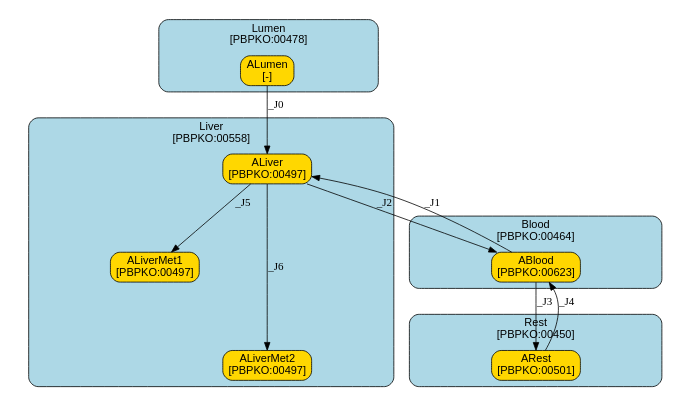
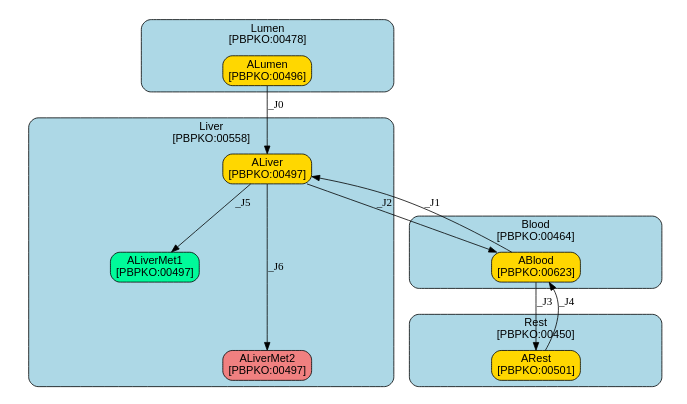
One commit to fair-pbk/exposure-route-pbk-models changed the diagram in models/oral/Mycotoxins/Notenboom/summary.dot. Above: the diagram before and after it, drawn with Graphviz. The commit also changed 174 other files, not shown here.

```diff
--- a/models/oral/Mycotoxins/Notenboom/summary.dot
+++ b/models/oral/Mycotoxins/Notenboom/summary.dot
@@ -1,102 +1,102 @@
 digraph {
 	graph [ratio=fill,
 		size="7,4"
 	];
 	node [fontname=Arial];
 	subgraph cluster_Lumen {
 		graph [color=black,
 			fillcolor=lightblue,
 			fontname=Arial,
 			href="#compartment-Lumen",
 			label="Lumen
 [PBPKO:00478]",
 			shape=box,
 			style="filled,rounded"
 		];
 		ALumen	[color=black,
 			fillcolor=gold,
 			href="#species-ALumen",
 			label="ALumen
-[-]",
+[PBPKO:00496]",
 			shape=box,
 			style="filled,rounded"];
 	}
 	subgraph cluster_Liver {
 		graph [color=black,
 			fillcolor=lightblue,
 			fontname=Arial,
 			href="#compartment-Liver",
 			label="Liver
 [PBPKO:00558]",
 			shape=box,
 			style="filled,rounded"
 		];
 		ALiver	[color=black,
 			fillcolor=gold,
 			href="#species-ALiver",
 			label="ALiver
 [PBPKO:00497]",
 			shape=box,
 			style="filled,rounded"];
 		ALiverMet1	[color=black,
-			fillcolor=gold,
+			fillcolor=mediumspringgreen,
 			href="#species-ALiverMet1",
 			label="ALiverMet1
 [PBPKO:00497]",
 			shape=box,
 			style="filled,rounded"];
 		ALiverMet2	[color=black,
-			fillcolor=gold,
+			fillcolor=lightcoral,
 			href="#species-ALiverMet2",
 			label="ALiverMet2
 [PBPKO:00497]",
 			shape=box,
 			style="filled,rounded"];
 	}
 	subgraph cluster_Blood {
 		graph [color=black,
 			fillcolor=lightblue,
 			fontname=Arial,
 			href="#compartment-Blood",
 			label="Blood
 [PBPKO:00464]",
 			shape=box,
 			style="filled,rounded"
 		];
 		ABlood	[color=black,
 			fillcolor=gold,
 			href="#species-ABlood",
 			label="ABlood
 [PBPKO:00623]",
 			shape=box,
 			style="filled,rounded"];
 	}
 	subgraph cluster_Rest {
 		graph [color=black,
 			fillcolor=lightblue,
 			fontname=Arial,
 			href="#compartment-Rest",
 			label="Rest
 [PBPKO:00450]",
 			shape=box,
 			style="filled,rounded"
 		];
 		ARest	[color=black,
 			fillcolor=gold,
 			href="#species-ARest",
 			label="ARest
 [PBPKO:00501]",
 			shape=box,
 			style="filled,rounded"];
 	}
 	ALumen -> ALiver	[label=_J0,
 		minlen=1];
 	ALiver -> ALiverMet1	[label=_J5,
 		minlen=1];
 	ALiver -> ALiverMet2	[label=_J6,
 		minlen=2];
 	ALiver -> ABlood	[label=_J2];
 	ABlood -> ALiver	[label=_J1];
 	ABlood -> ARest	[label=_J3];
 	ARest -> ABlood	[label=_J4];
 }
```
